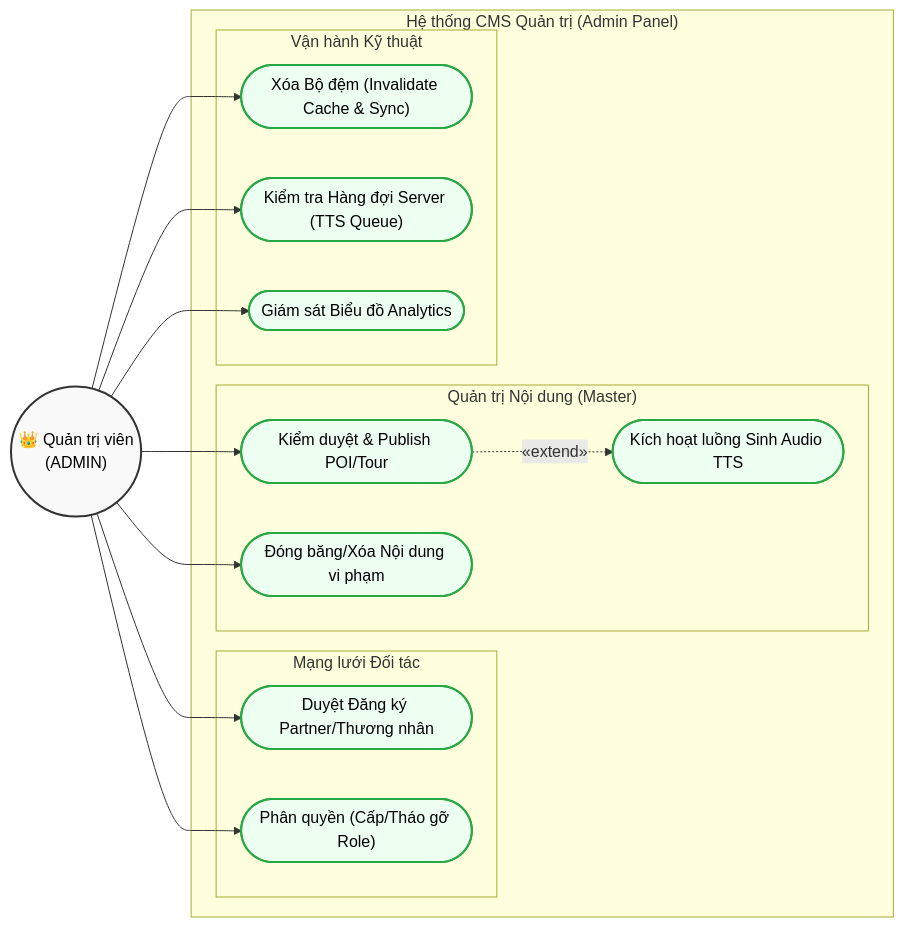
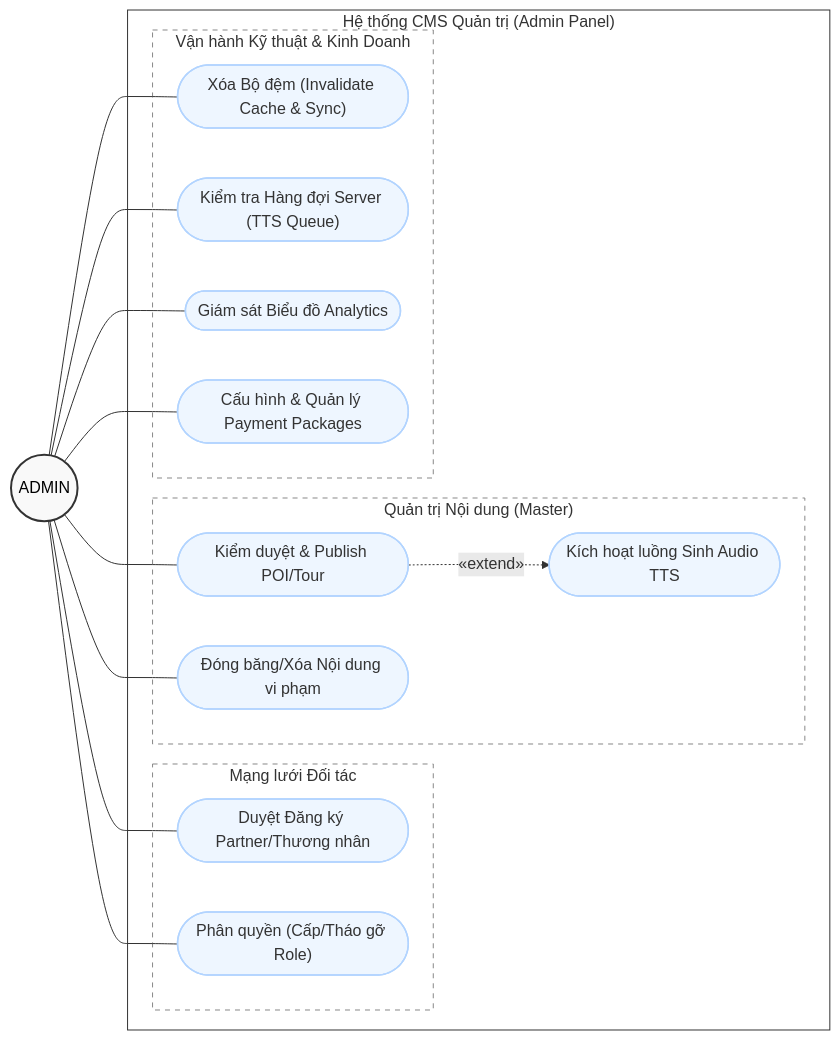
One commit to ngsouthbrother04/PhoAmThuc changed the third of 3 diagrams in docs/diagram-use-case.md. Above: the diagram before and after it, drawn with Mermaid. The commit also changed other lines of this file and 3 other files, not shown here.

Commit message:
adjust diagrams

````diff
--- a/docs/diagram-use-case.md
+++ b/docs/diagram-use-case.md
@@ -98,41 +114,48 @@
 ```mermaid
 flowchart LR
-    ADMIN(("👑 Quản trị viên \n (ADMIN)"))
+    ADMIN(("ADMIN"))
 
     subgraph System ["Hệ thống CMS Quản trị (Admin Panel)"]
         
         subgraph Group1 ["Mạng lưới Đối tác"]
             UC1(["Duyệt Đăng ký Partner/Thương nhân"])
             UC2(["Phân quyền (Cấp/Tháo gỡ Role)"])
         end
 
         subgraph Group2 ["Quản trị Nội dung (Master)"]
             UC3(["Kiểm duyệt & Publish POI/Tour"])
             UC4(["Đóng băng/Xóa Nội dung vi phạm"])
             UC5(["Kích hoạt luồng Sinh Audio TTS"])
             
             UC3 -. "«extend»" .-> UC5
         end
 
-        subgraph Group3 ["Vận hành Kỹ thuật"]
+        subgraph Group3 ["Vận hành Kỹ thuật & Kinh Doanh"]
             UC6(["Xóa Bộ đệm (Invalidate Cache & Sync)"])
             UC7(["Kiểm tra Hàng đợi Server (TTS Queue)"])
             UC8(["Giám sát Biểu đồ Analytics"])
+            UC9(["Cấu hình & Quản lý Payment Packages"])
         end
     end
 
     %% Connections
-    ADMIN --> UC1
-    ADMIN --> UC2
-    ADMIN --> UC3
-    ADMIN --> UC4
-    ADMIN --> UC6
-    ADMIN --> UC7
-    ADMIN --> UC8
+    ADMIN --- UC1
+    ADMIN --- UC2
+    ADMIN --- UC3
+    ADMIN --- UC4
+    ADMIN --- UC6
+    ADMIN --- UC7
+    ADMIN --- UC8
+    ADMIN --- UC9
 
-    %% Styling
+    %% Styling matches the reference image
     classDef actor fill:#f9f9f9,stroke:#333,stroke-width:2px,color:#000
-    classDef usecase fill:#edfff0,stroke:#28a745,stroke-width:2px,color:#000
+    classDef usecase fill:#EEF6FF,stroke:#B2D4FF,stroke-width:1.5px,color:#333
     class ADMIN actor
-    class UC1,UC2,UC3,UC4,UC5,UC6,UC7,UC8 usecase
+    class UC1,UC2,UC3,UC4,UC5,UC6,UC7,UC8,UC9 usecase
+    
+    style System fill:transparent,stroke:#333,stroke-width:1px,color:#333
+    style Group1 fill:transparent,stroke:#888,stroke-width:1px,color:#333,stroke-dasharray: 5 5
+    style Group2 fill:transparent,stroke:#888,stroke-width:1px,color:#333,stroke-dasharray: 5 5
+    style Group3 fill:transparent,stroke:#888,stroke-width:1px,color:#333,stroke-dasharray: 5 5
 ```
````
